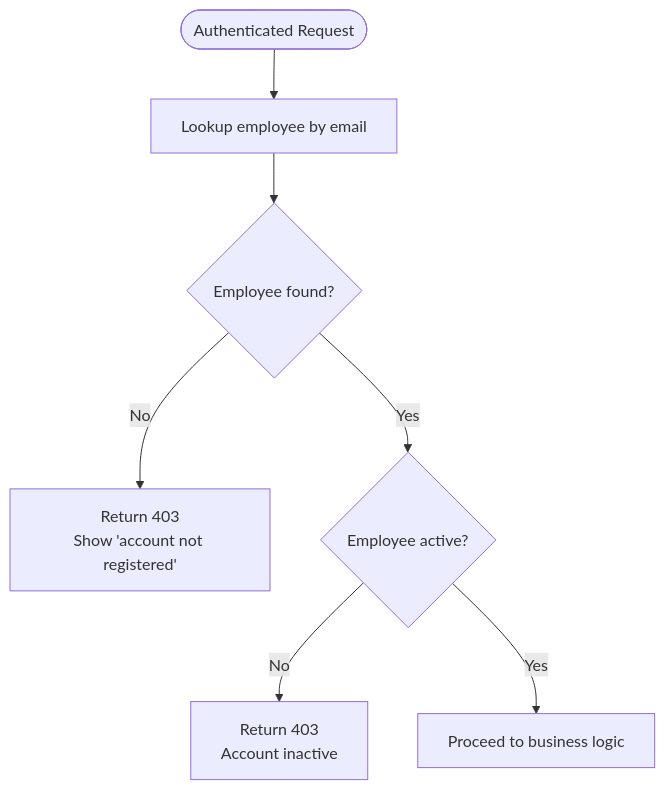
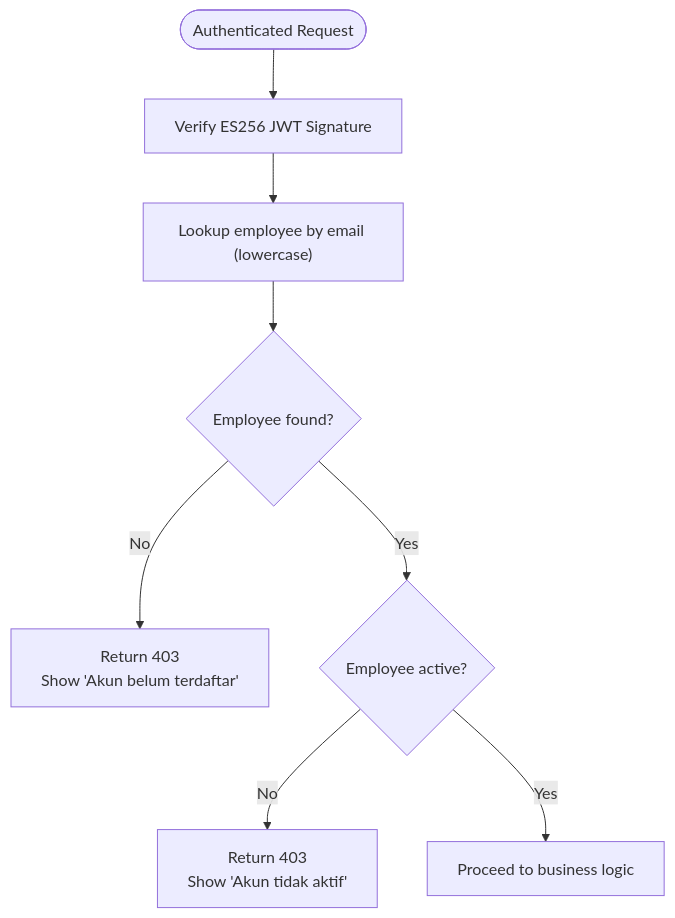
Before and after one commit to epo33m/scheduling: the third of 4 diagrams in .qoder/repowiki/en/content/Product Requirements Document/Functional Specifications/Authentication Module (F1).md, drawn with Mermaid. The commit also changed other lines of this file and 46 other files, not shown here.

````diff
--- a/.qoder/repowiki/en/content/Product Requirements Document/Functional Specifications/Authentication Module (F1).md
+++ b/.qoder/repowiki/en/content/Product Requirements Document/Functional Specifications/Authentication Module (F1).md
@@ -141,9 +182,10 @@
 ```mermaid
 flowchart TD
-Start(["Authenticated Request"]) --> Lookup["Lookup employee by email"]
+Start(["Authenticated Request"]) --> VerifyJWT["Verify ES256 JWT Signature"]
+VerifyJWT --> Lookup["Lookup employee by email (lowercase)"]
 Lookup --> Found{"Employee found?"}
-Found --> |No| Deny["Return 403<br/>Show 'account not registered'"]
+Found --> |No| Deny["Return 403<br/>Show 'Akun belum terdaftar'"]
 Found --> |Yes| Active{"Employee active?"}
-Active --> |No| DenyInactive["Return 403<br/>Account inactive"]
+Active --> |No| DenyInactive["Return 403<br/>Show 'Akun tidak aktif'"]
 Active --> |Yes| Allow["Proceed to business logic"]
 ```
````
